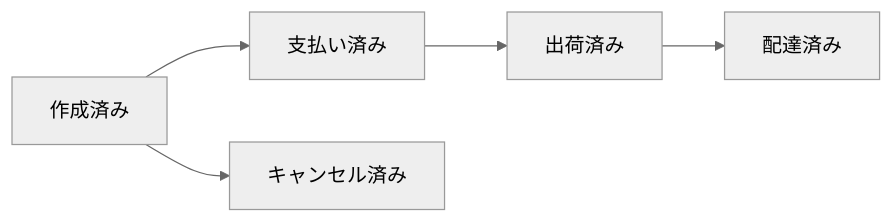
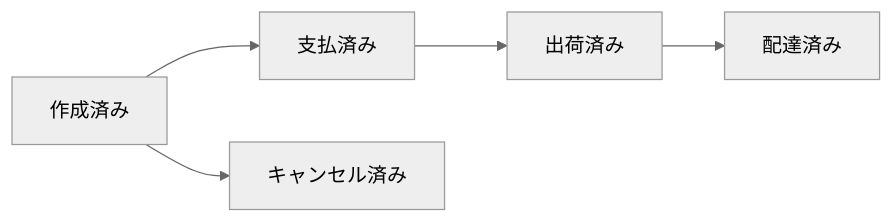
The third of 4 diagrams in examples/screenshot.ja.md (playree/markdown-design-doc-viewer), drawn with Mermaid (neutral theme) before and after one commit. The commit also changed other lines of this file and 2 other files, not shown here.

Commit message:
セルフレビューの指摘を反映する（日本語版スクリーンショット）
- 日本語フォントを THEME のフォントの並びに加え、言語ごとのフォント指定をやめる
- 日本語版に日本語フォントが要ることを scripts/screenshots.ts と CLAUDE.md に書く
- CLAUDE.md のコマンド一覧の pnpm screenshots の説明を、日本語版と言語の引数に合わせる
- screenshot.ja.md の「支払済み」の送り仮名を揃える

````diff
--- a/examples/screenshot.ja.md
+++ b/examples/screenshot.ja.md
@@ -207,6 +207,6 @@
 ```mermaid
 %% @link-headings
 graph LR
-    Created[作成済み] --> Paid[支払い済み] --> Shipped[出荷済み] --> Delivered[配達済み]
+    Created[作成済み] --> Paid[支払済み] --> Shipped[出荷済み] --> Delivered[配達済み]
     Created --> Cancelled[キャンセル済み]
 ```
````
